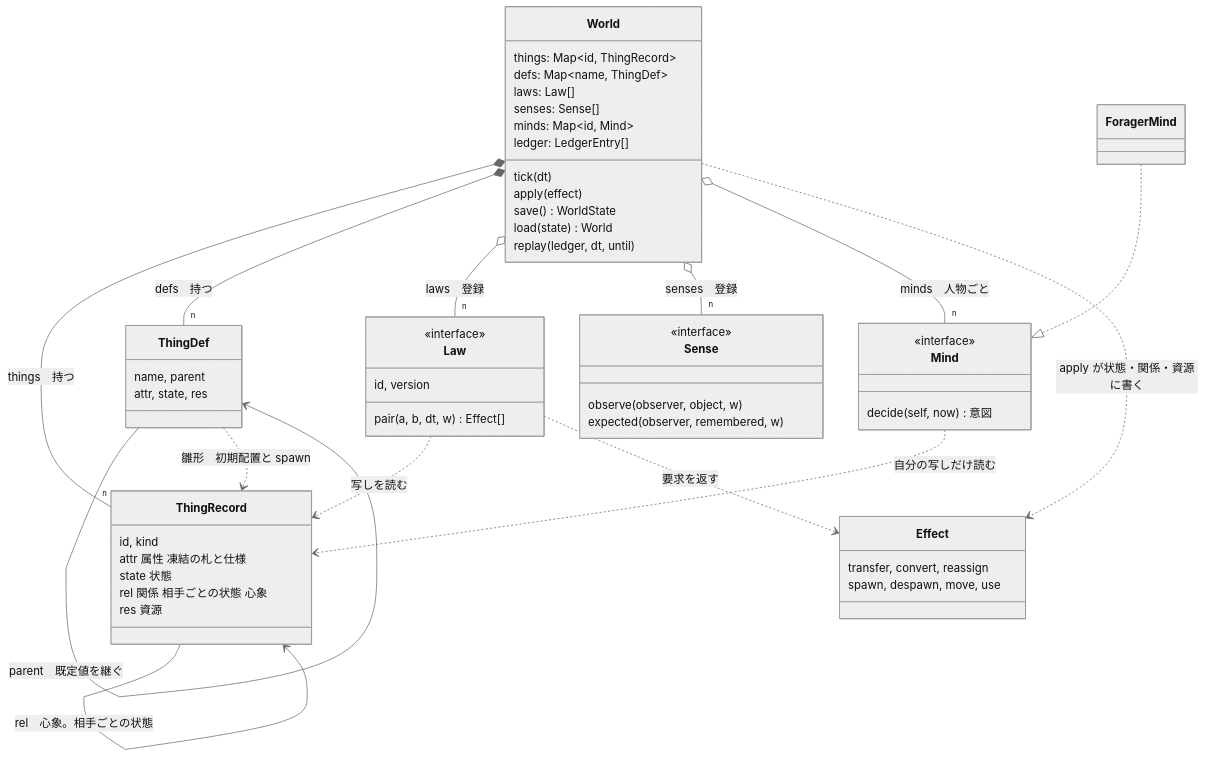
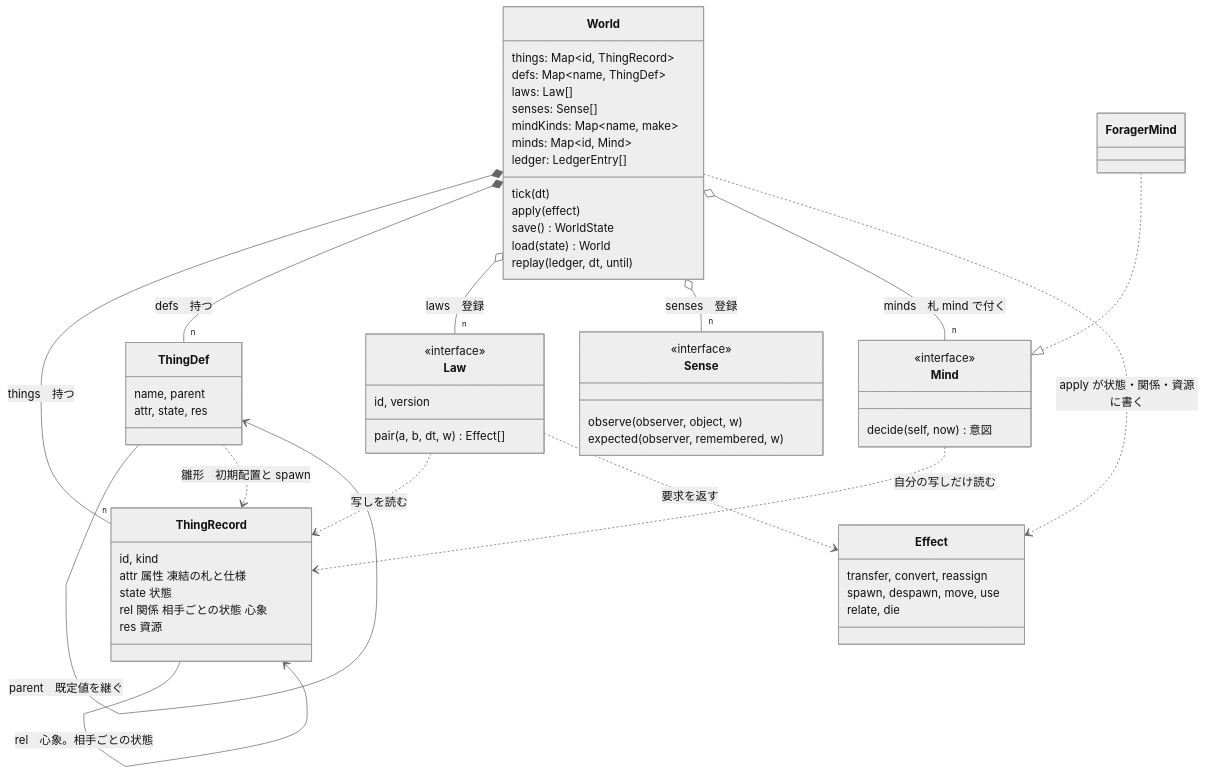
Before and after one commit to demerzel09/Medieval-Simulator: the diagram in docs/figures/src/design-fig5-class.mmd, drawn with Mermaid (neutral theme). The commit also changed 13 other files, not shown here.

```diff
--- a/docs/figures/src/design-fig5-class.mmd
+++ b/docs/figures/src/design-fig5-class.mmd
@@ -1,59 +1,61 @@
 classDiagram
   direction TB
   class World {
     things: Map~id, ThingRecord~
     defs: Map~name, ThingDef~
     laws: Law[]
     senses: Sense[]
+    mindKinds: Map~name, make~
     minds: Map~id, Mind~
     ledger: LedgerEntry[]
     tick(dt)
     apply(effect)
     save() WorldState
     load(state) World
     replay(ledger, dt, until)
   }
   class ThingRecord {
     id, kind
     attr 属性 凍結の札と仕様
     state 状態
     rel 関係 相手ごとの状態 心象
     res 資源
   }
   class ThingDef {
     name, parent
     attr, state, res
   }
   class Law {
     <<interface>>
     id, version
     pair(a, b, dt, w) Effect[]
   }
   class Sense {
     <<interface>>
     observe(observer, object, w)
     expected(observer, remembered, w)
   }
   class Mind {
     <<interface>>
     decide(self, now) 意図
   }
   class ForagerMind
   class Effect {
     transfer, convert, reassign
     spawn, despawn, move, use
+    relate, die
   }
   World *-- "n" ThingRecord : things　持つ
   World *-- "n" ThingDef : defs　持つ
   World o-- "n" Law : laws　登録
   World o-- "n" Sense : senses　登録
-  World o-- "n" Mind : minds　人物ごと
+  World o-- "n" Mind : minds　札 mind で付く
   ThingRecord --> ThingRecord : state.attachedTo　付属。実→木、実→人
   ThingRecord --> ThingRecord : rel　心象。相手ごとの状態
   ThingDef --> ThingDef : parent　既定値を継ぐ
   ThingDef ..> ThingRecord : 雛形　初期配置と spawn
   Law ..> ThingRecord : 写しを読む
   Law ..> Effect : 要求を返す
   World ..> Effect : apply が状態・関係・資源に書く
   Mind ..> ThingRecord : 自分の写しだけ読む
   ForagerMind ..|> Mind
```
